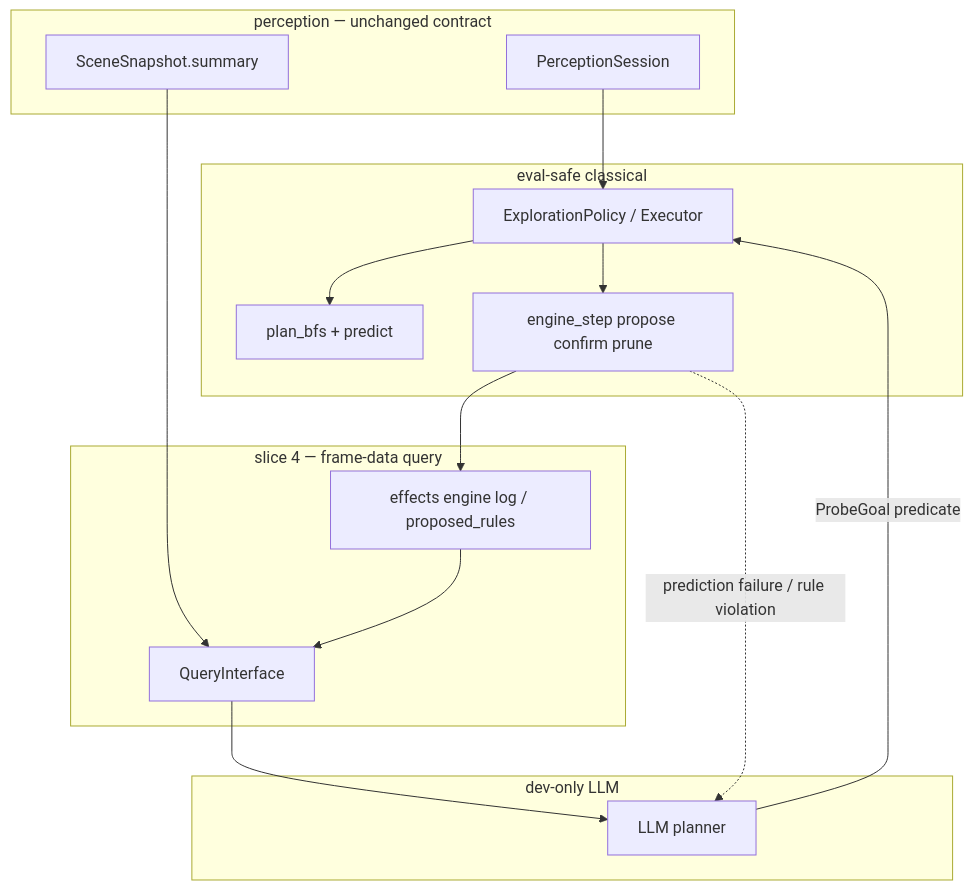
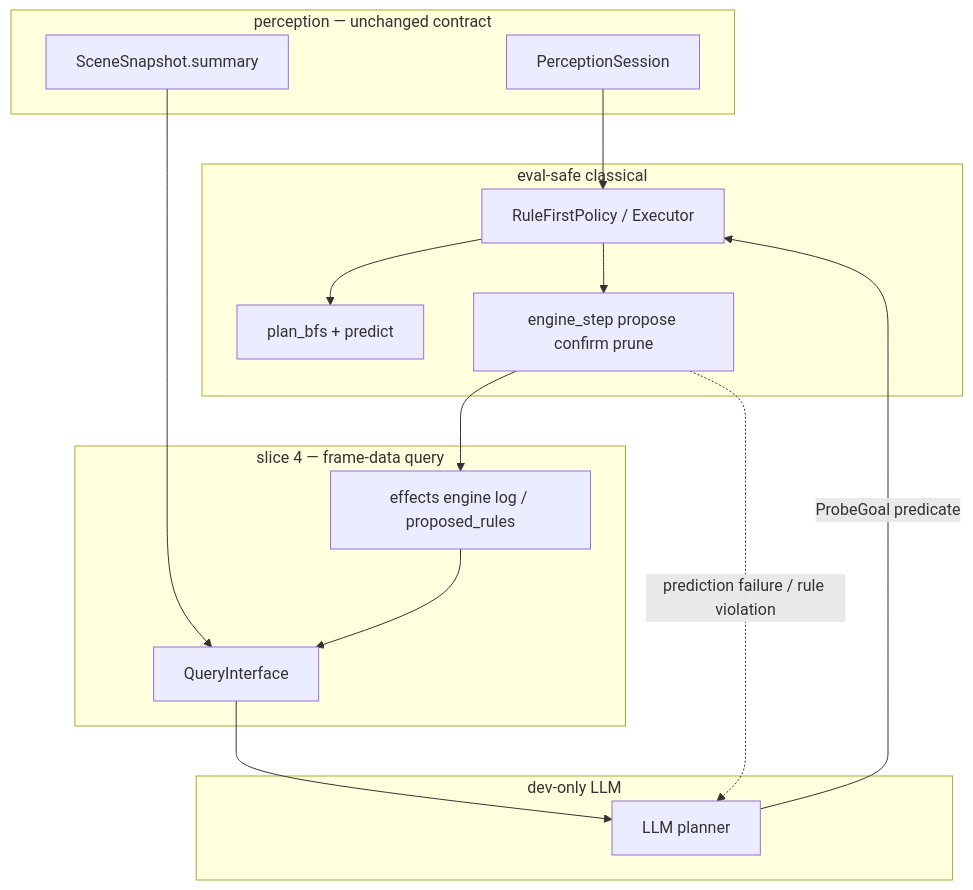
The diagram in docs/brainstorms/llm-agent-loop.md (peara/ARC-AGI-3-Agents), drawn with Mermaid before and after one commit. The commit also changed other lines of this file and 16 other files, not shown here.

First line of the commit message:
refactor(cleanup): delete ExplorationPolicy, update tests, remove v1 docs

````diff
--- a/docs/brainstorms/llm-agent-loop.md
+++ b/docs/brainstorms/llm-agent-loop.md
@@ -99,31 +99,31 @@
 ```mermaid
 flowchart TB
   subgraph perception [perception — unchanged contract]
     PS[PerceptionSession]
     SS[SceneSnapshot.summary]
   end
 
   subgraph query [slice 4 — frame-data query]
     QI[QueryInterface]
     SS --> QI
     ENG[effects engine log / proposed_rules] --> QI
   end
 
   subgraph llm [dev-only LLM]
     LP[LLM planner]
     QI --> LP
   end
 
   subgraph classical [eval-safe classical]
-    EP[ExplorationPolicy / Executor]
+    EP[RuleFirstPolicy / Executor]
     BFS[plan_bfs + predict]
     RE[engine_step propose confirm prune]
     LP -->|ProbeGoal predicate| EP
     EP --> BFS
     EP --> RE
   end
 
   PS --> EP
   RE --> ENG
   RE -.->|prediction failure / rule violation| LP
 ```
````
